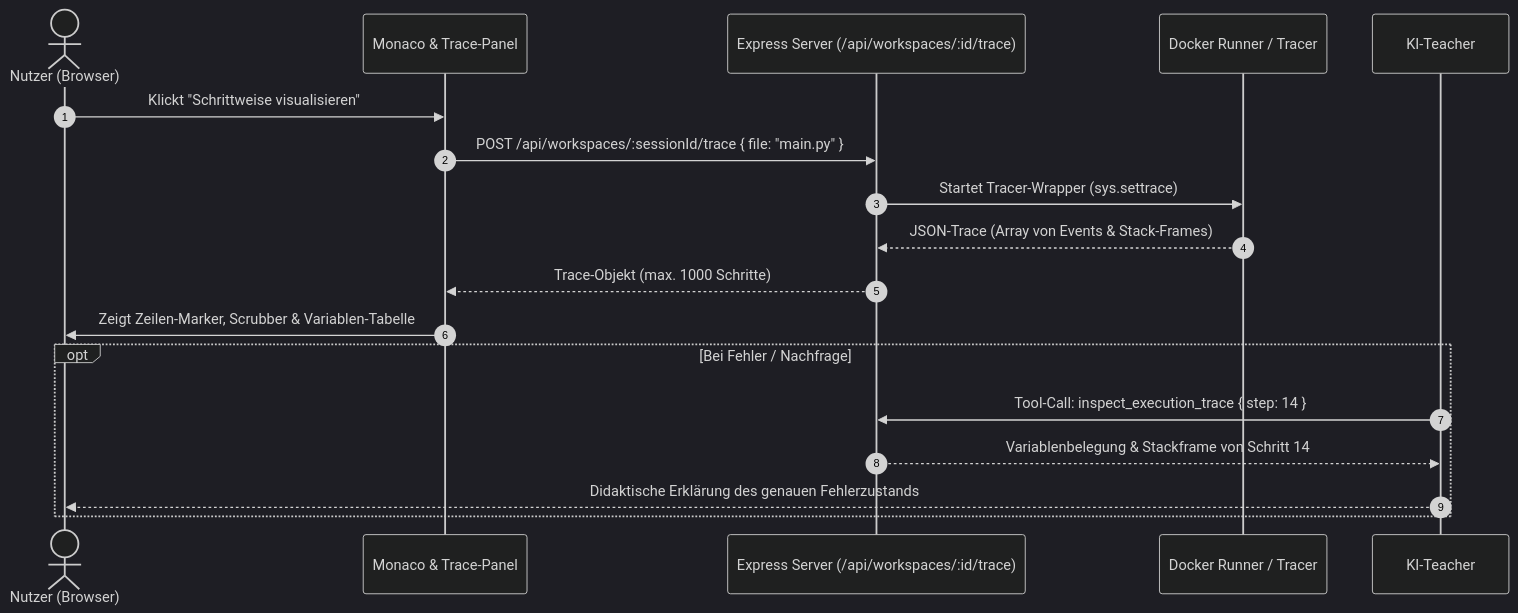
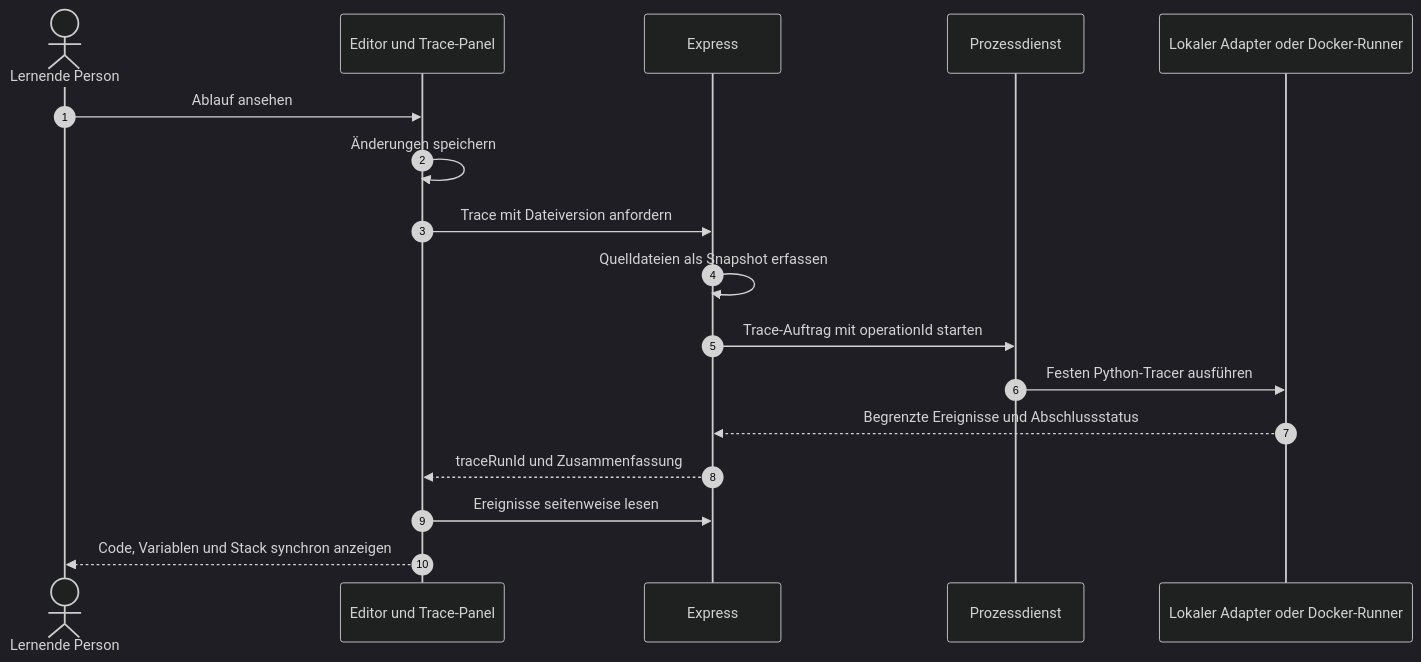
One commit to zfzfg/SterraCode changed the first of 5 diagrams in VERBESSERUNGSIDEEN.md. Above: the diagram before and after it, drawn with Mermaid (dark theme). The commit also changed other lines of this file, not shown here.

````diff
--- a/VERBESSERUNGSIDEEN.md
+++ b/VERBESSERUNGSIDEEN.md
@@ -45,21 +96,19 @@
 ```mermaid
 sequenceDiagram
     autonumber
-    actor User as Nutzer (Browser)
-    participant UI as Monaco & Trace-Panel
-    participant Server as Express Server (/api/workspaces/:id/trace)
-    participant Runner as Docker Runner / Tracer
-    participant AI as KI-Teacher
-
-    User->>UI: Klickt "Schrittweise visualisieren"
-    UI->>Server: POST /api/workspaces/:sessionId/trace { file: "main.py" }
-    Server->>Runner: Startet Tracer-Wrapper (sys.settrace)
-    Runner-->>Server: JSON-Trace (Array von Events & Stack-Frames)
-    Server-->>UI: Trace-Objekt (max. 1000 Schritte)
-    UI->>User: Zeigt Zeilen-Marker, Scrubber & Variablen-Tabelle
-    opt Bei Fehler / Nachfrage
-        AI->>Server: Tool-Call: inspect_execution_trace { step: 14 }
-        Server-->>AI: Variablenbelegung & Stackframe von Schritt 14
-        AI-->>User: Didaktische Erklärung des genauen Fehlerzustands
-    end
+    actor User as Lernende Person
+    participant UI as Editor und Trace-Panel
+    participant API as Express
+    participant Process as Prozessdienst
+    participant Runner as Lokaler Adapter oder Docker-Runner
+    User->>UI: Ablauf ansehen
+    UI->>UI: Änderungen speichern
+    UI->>API: Trace mit Dateiversion anfordern
+    API->>API: Quelldateien als Snapshot erfassen
+    API->>Process: Trace-Auftrag mit operationId starten
+    Process->>Runner: Festen Python-Tracer ausführen
+    Runner-->>API: Begrenzte Ereignisse und Abschlussstatus
+    API-->>UI: traceRunId und Zusammenfassung
+    UI->>API: Ereignisse seitenweise lesen
+    UI-->>User: Code, Variablen und Stack synchron anzeigen
 ```
````
